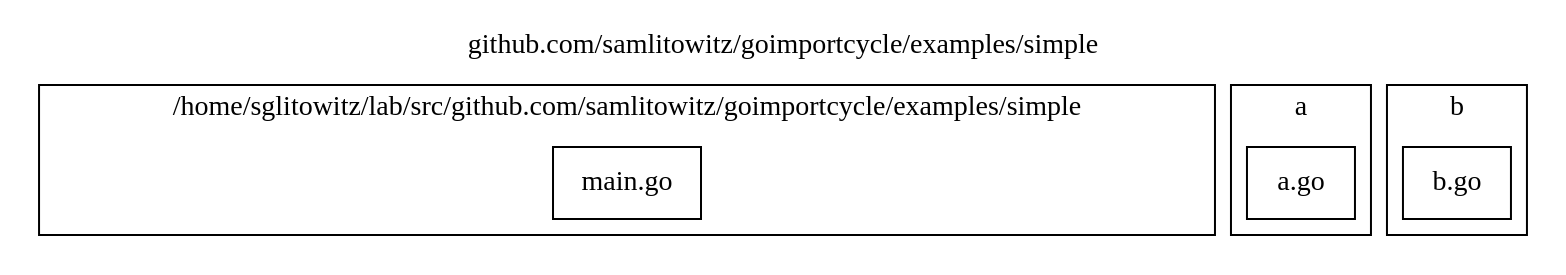
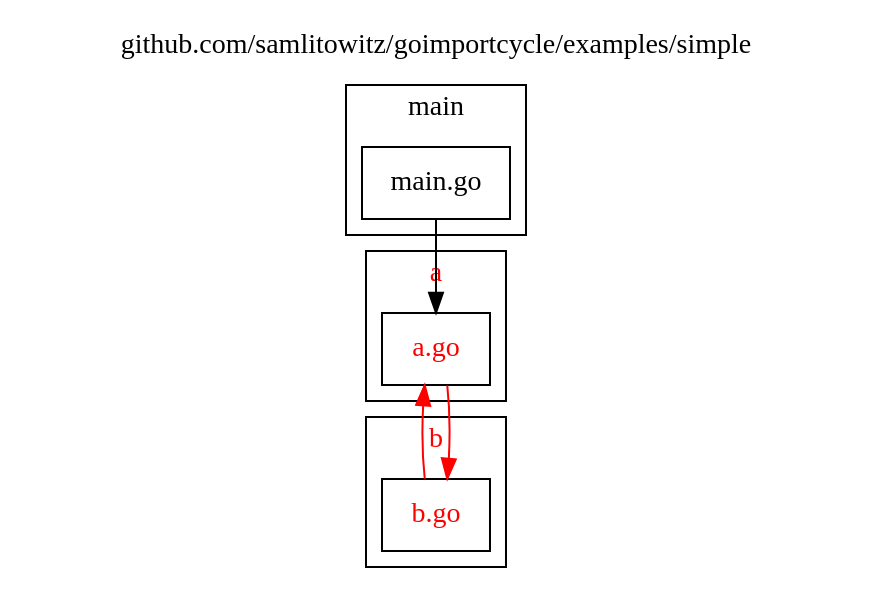
The diagram in assets/examples/simple/file.dot (samlitowitz/goimportcycle), drawn with Graphviz before and after one commit. The commit also changed 19 other files, not shown here.

```diff
--- a/assets/examples/simple/file.dot
+++ b/assets/examples/simple/file.dot
@@ -1,35 +1,38 @@
 
 digraph {
 	labelloc="t";
 	label="github.com/samlitowitz/goimportcycle/examples/simple";
 	rankdir="TB";
 	node [shape="rect"];
 
 	subgraph cluster_pkg_main {
-		label="/home/sglitowitz/lab/src/github.com/samlitowitz/goimportcycle/examples/simple";
+		label="main";
 		style="filled";
 		fontcolor="#000000";
 		fillcolor="#ffffff";
 
 		pkg_main_file_main [label="main.go", style="filled", fontcolor="#000000", fillcolor="#ffffff"];
 	};
 
 	subgraph cluster_pkg_a {
 		label="a";
 		style="filled";
-		fontcolor="#000000";
+		fontcolor="#ff0000";
 		fillcolor="#ffffff";
 
-		pkg_a_file_a [label="a.go", style="filled", fontcolor="#000000", fillcolor="#ffffff"];
+		pkg_a_file_a [label="a.go", style="filled", fontcolor="#ff0000", fillcolor="#ffffff"];
 	};
 
 	subgraph cluster_pkg_b {
 		label="b";
 		style="filled";
-		fontcolor="#000000";
+		fontcolor="#ff0000";
 		fillcolor="#ffffff";
 
-		pkg_b_file_b [label="b.go", style="filled", fontcolor="#000000", fillcolor="#ffffff"];
+		pkg_b_file_b [label="b.go", style="filled", fontcolor="#ff0000", fillcolor="#ffffff"];
 	};
 
+	pkg_main_file_main -> pkg_a_file_a [color="#000000"];
+	pkg_a_file_a -> pkg_b_file_b [color="#ff0000"];
+	pkg_b_file_b -> pkg_a_file_a [color="#ff0000"];
 }
```
